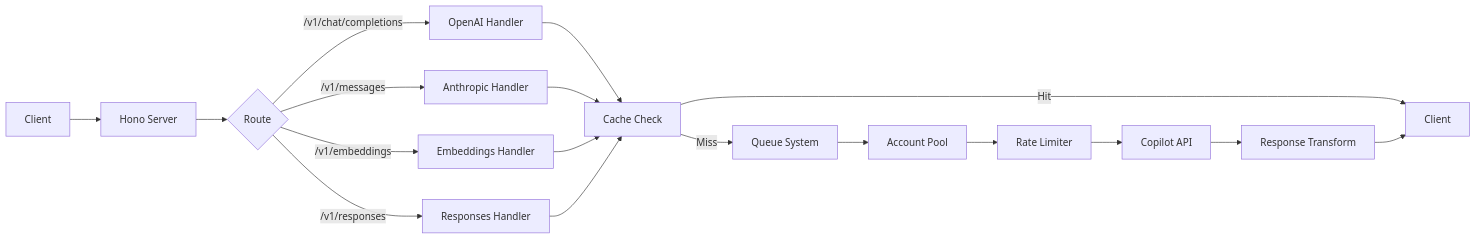
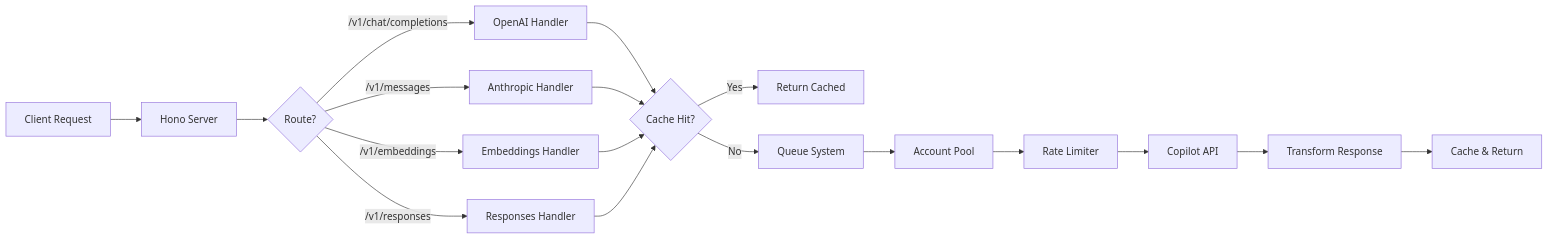
The second of 5 diagrams in README.md (el-pablos/copilot-api), drawn with Mermaid before and after one commit. The commit also changed other lines of this file, not shown here.

First line of the commit message:
update: improve README dengan diagram arsitektur dan design yang lebih elegan

````diff
--- a/README.md
+++ b/README.md
@@ -204,20 +250,24 @@
 ```mermaid
 flowchart LR
-    A[Client] --> B[Hono Server]
-    B --> C{Route}
+    A[Client Request] --> B[Hono Server]
+    B --> C{Route?}
+
     C -->|/v1/chat/completions| D[OpenAI Handler]
     C -->|/v1/messages| E[Anthropic Handler]
     C -->|/v1/embeddings| F[Embeddings Handler]
     C -->|/v1/responses| G[Responses Handler]
-    D --> H[Cache Check]
+
+    D --> H{Cache Hit?}
     E --> H
     F --> H
     G --> H
-    H -->|Hit| M[Client]
-    H -->|Miss| I[Queue System]
+
+    H -->|Yes| M[Return Cached]
+    H -->|No| I[Queue System]
+
     I --> J[Account Pool]
     J --> K[Rate Limiter]
     K --> L[Copilot API]
-    L --> N[Response Transform]
-    N --> M
+    L --> N[Transform Response]
+    N --> O[Cache & Return]
 ```
````
